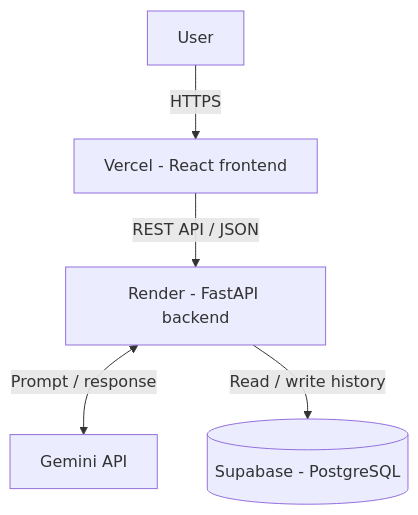
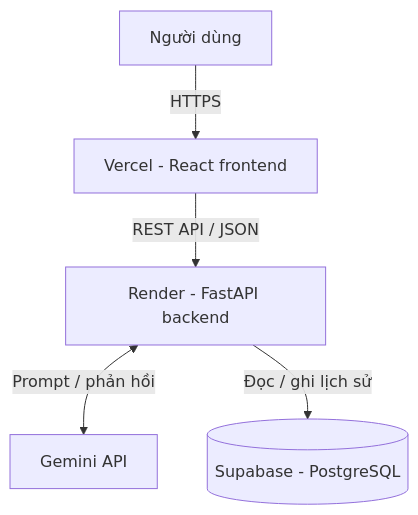
Before and after one commit to 120vey0u/AI_DEV_PLAT_FINAL_PROJECT: the diagram in README.md, drawn with Mermaid. The commit also changed other lines of this file, not shown here.

````diff
--- a/README.md
+++ b/README.md
@@ -16,7 +16,7 @@
 ```mermaid
 flowchart TD
-    U[User] -->|HTTPS| V["Vercel - React frontend"]
+    U[Người dùng] -->|HTTPS| V["Vercel - React frontend"]
     V -->|REST API / JSON| R["Render - FastAPI backend"]
-    R <-->|Prompt / response| G["Gemini API"]
-    R -->|Read / write history| S[("Supabase - PostgreSQL")]
+    R <-->|Prompt / phản hồi| G["Gemini API"]
+    R -->|Đọc / ghi lịch sử| S[("Supabase - PostgreSQL")]
 ```
````
